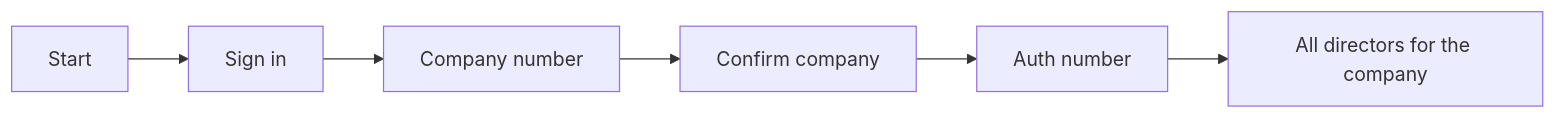
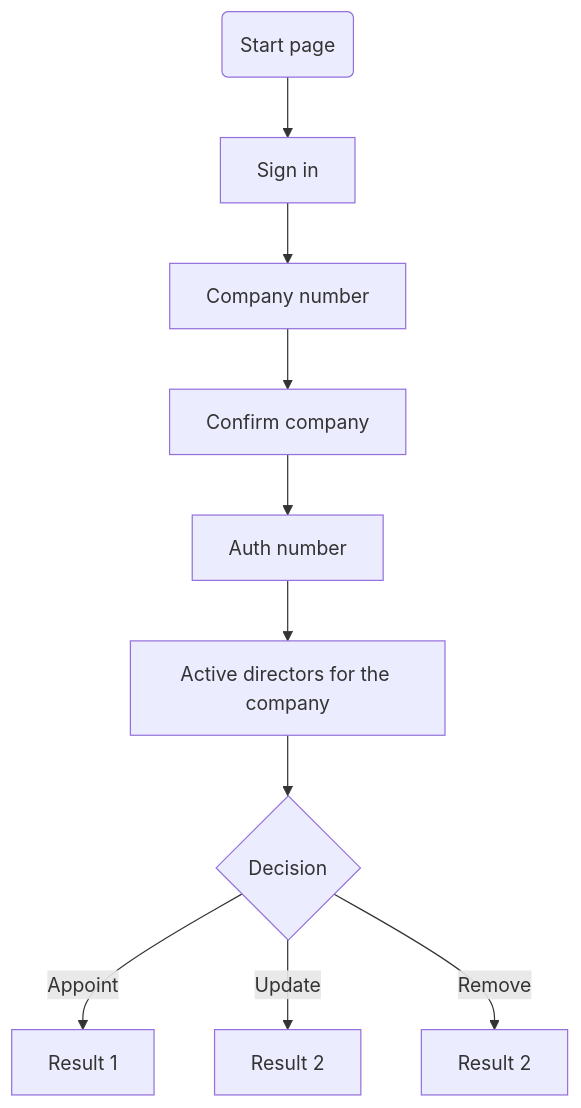
One commit to companieshouse/directors-prototype changed the diagram in docs/README.md. Above: the diagram before and after it, drawn with Mermaid.

````diff
--- a/docs/README.md
+++ b/docs/README.md
@@ -4,8 +4,12 @@
 ```mermaid
-  flowchart LR
-  A[Start] --> B[Sign in]
-  B --> C[Company number]
-  C --> D[Confirm company]
-  D --> E[Auth number]
-  E --> F[All directors for the company]
+  graph TD
+    A(Start page) --> B[Sign in]
+    B --> C[Company number]
+    C --> D[Confirm company]
+    D --> E[Auth number]
+    E --> F[Active directors for the company]
+    F --> G{Decision}
+    G -->|Appoint| H[Result 1]
+    G -->|Update| I[Result 2]
+    G -->|Remove| J[Result 2]
 ```
````
